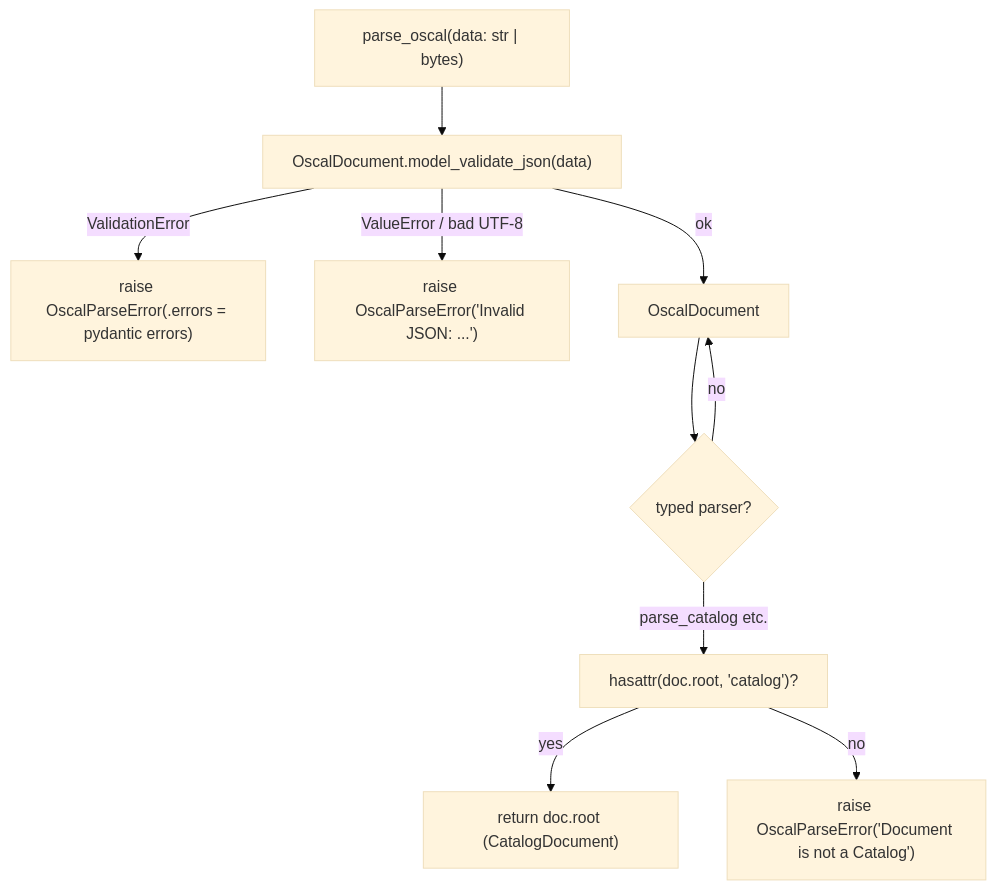
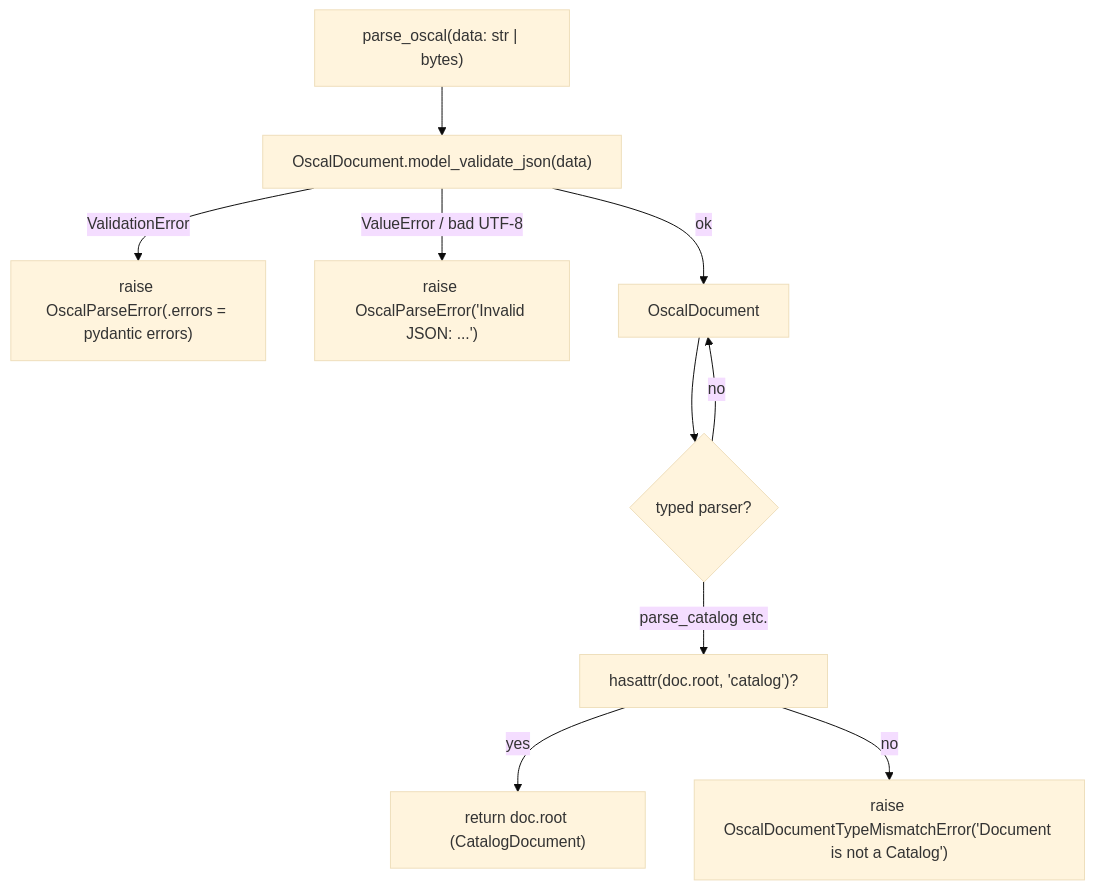
One commit to cairn-proofs/oscal-bindings-python changed the second of 7 diagrams in .agents/summary/workflows.md. Above: the diagram before and after it, drawn with Mermaid (base theme). The commit also changed other lines of this file and 24 other files, not shown here.

````diff
--- a/.agents/summary/workflows.md
+++ b/.agents/summary/workflows.md
@@ -93,12 +93,12 @@
 ```mermaid
 flowchart TD
     A["parse_oscal(data: str | bytes)"] --> B["OscalDocument.model_validate_json(data)"]
     B -->|ValidationError| C["raise OscalParseError(.errors = pydantic errors)"]
     B -->|ValueError / bad UTF-8| D["raise OscalParseError('Invalid JSON: ...')"]
     B -->|ok| E["OscalDocument"]
     E --> F{"typed parser?"}
     F -->|"parse_catalog etc."| G["hasattr(doc.root, 'catalog')?"]
     G -->|yes| H["return doc.root (CatalogDocument)"]
-    G -->|no| I["raise OscalParseError('Document is not a Catalog')"]
+    G -->|no| I["raise OscalDocumentTypeMismatchError('Document is not a Catalog')"]
     F -->|no| E
 ```
````
